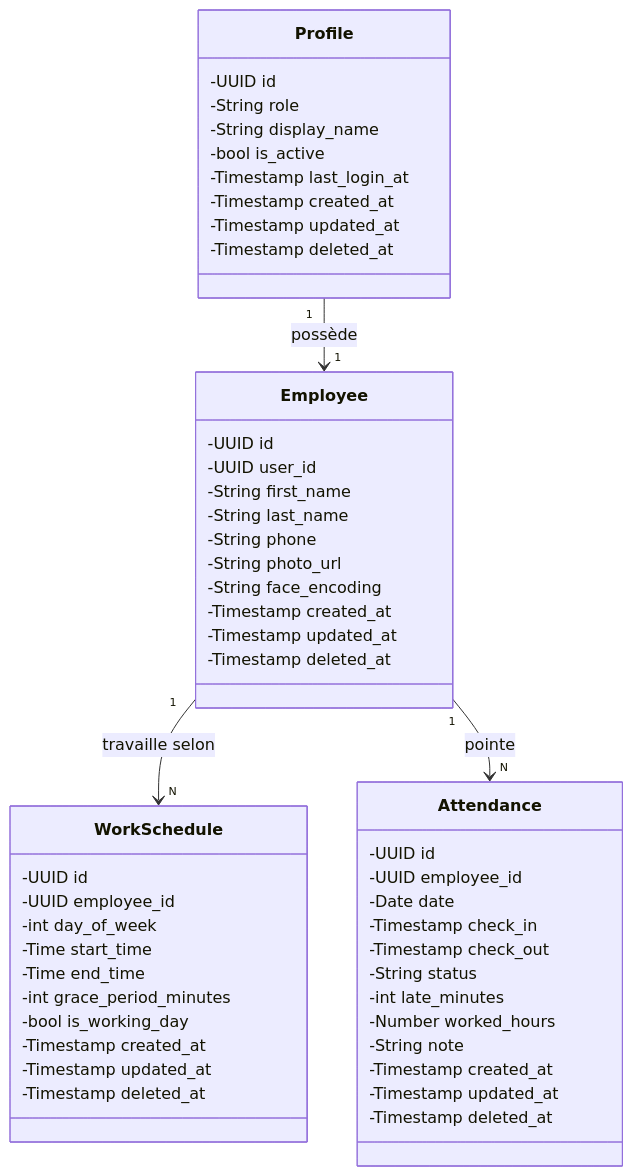
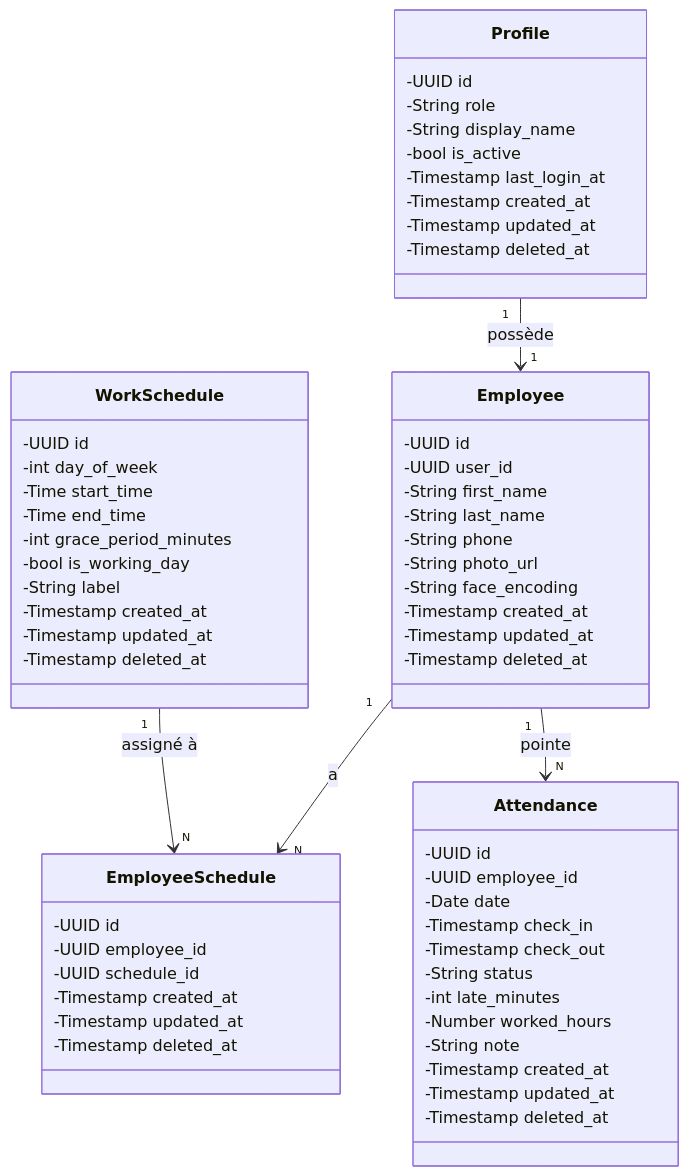
Before and after one commit to Abdurrahmane06/face-attendance-system: the first of 2 diagrams in data_base/structure-bd.md, drawn with Mermaid. The commit also changed other lines of this file and 3 other files, not shown here.

````diff
--- a/data_base/structure-bd.md
+++ b/data_base/structure-bd.md
@@ -118,58 +134,68 @@
 ```mermaid
 classDiagram
     class Profile {
         -UUID id
         -String role
         -String display_name
         -bool is_active
         -Timestamp last_login_at
         -Timestamp created_at
         -Timestamp updated_at
         -Timestamp deleted_at
     }
 
     class Employee {
         -UUID id
         -UUID user_id
         -String first_name
         -String last_name
         -String phone
         -String photo_url
         -String face_encoding
         -Timestamp created_at
         -Timestamp updated_at
         -Timestamp deleted_at
     }
 
     class WorkSchedule {
         -UUID id
-        -UUID employee_id
         -int day_of_week
         -Time start_time
         -Time end_time
         -int grace_period_minutes
         -bool is_working_day
+        -String label
+        -Timestamp created_at
+        -Timestamp updated_at
+        -Timestamp deleted_at
+    }
+
+    class EmployeeSchedule {
+        -UUID id
+        -UUID employee_id
+        -UUID schedule_id
         -Timestamp created_at
         -Timestamp updated_at
         -Timestamp deleted_at
     }
 
     class Attendance {
         -UUID id
         -UUID employee_id
         -Date date
         -Timestamp check_in
         -Timestamp check_out
         -String status
         -int late_minutes
         -Number worked_hours
         -String note
         -Timestamp created_at
         -Timestamp updated_at
         -Timestamp deleted_at
     }
 
     Profile "1" --> "1" Employee : possède
-    Employee "1" --> "N" WorkSchedule : travaille selon
+    Employee "1" --> "N" EmployeeSchedule : a
+    WorkSchedule "1" --> "N" EmployeeSchedule : assigné à
     Employee "1" --> "N" Attendance : pointe
 ```
````
